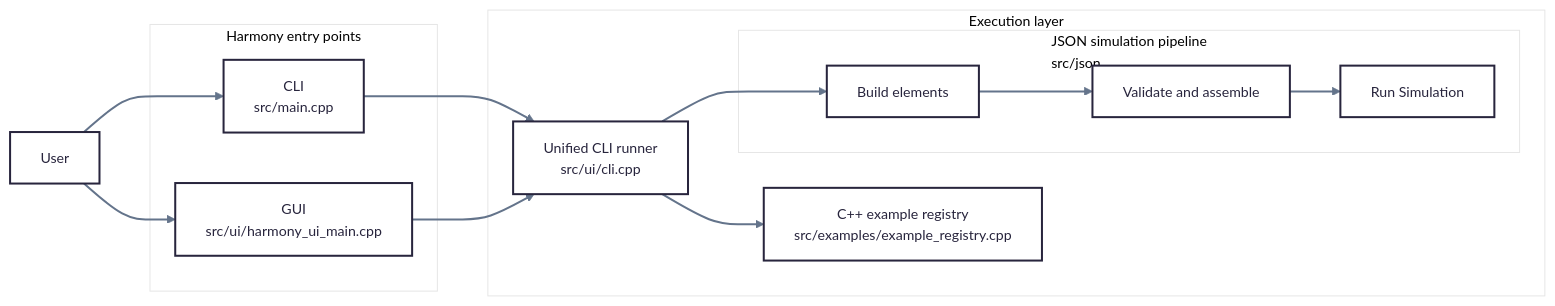
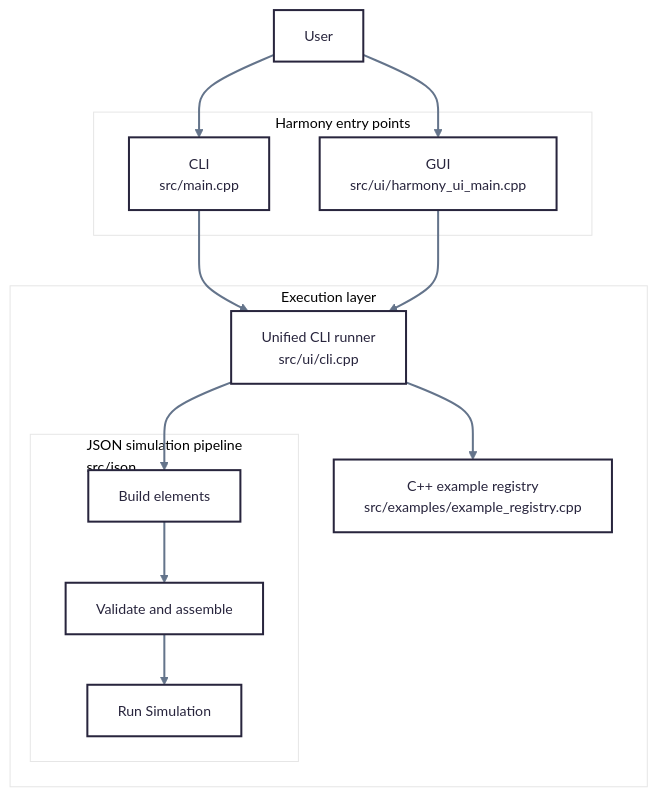
Before and after one commit to yiquintero/tmp: the diagram in architecture.md, drawn with Mermaid.

Commit message:
Update architecture diagram with entry points

````diff
--- a/architecture.md
+++ b/architecture.md
@@ -2,29 +2,29 @@
 ```mermaid
 ---
 config:
   theme: redux-color
   themeVariables:
     lineColor: '#64748B'
 ---
-flowchart LR
+flowchart
  subgraph ENTRY["Harmony entry points"]
         CLI["CLI<br>src/main.cpp"]
         GUI["GUI<br>src/ui/harmony_ui_main.cpp"]
   end
  subgraph JSONPIPE["JSON simulation pipeline<br>src/json"]
         J1["Build elements"]
         J2["Validate and assemble"]
         J3["Run Simulation"]
   end
  subgraph RUN["Execution layer"]
         RUNNER["Unified CLI runner<br>src/ui/cli.cpp"]
         CPPREG["C++ example registry<br>src/examples/example_registry.cpp"]
         JSONPIPE
   end
     J1 --> J2
     J2 --> J3
     USER["User"] --> CLI & GUI
     CLI --> RUNNER
     GUI --> RUNNER
     RUNNER --> CPPREG & J1
 ```
````
